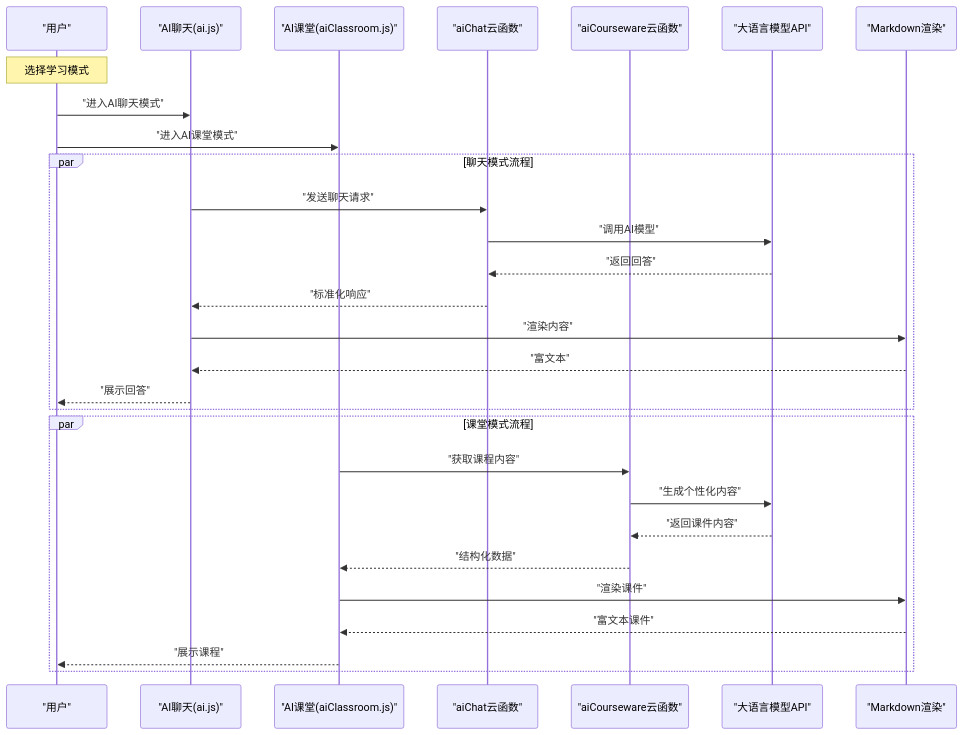
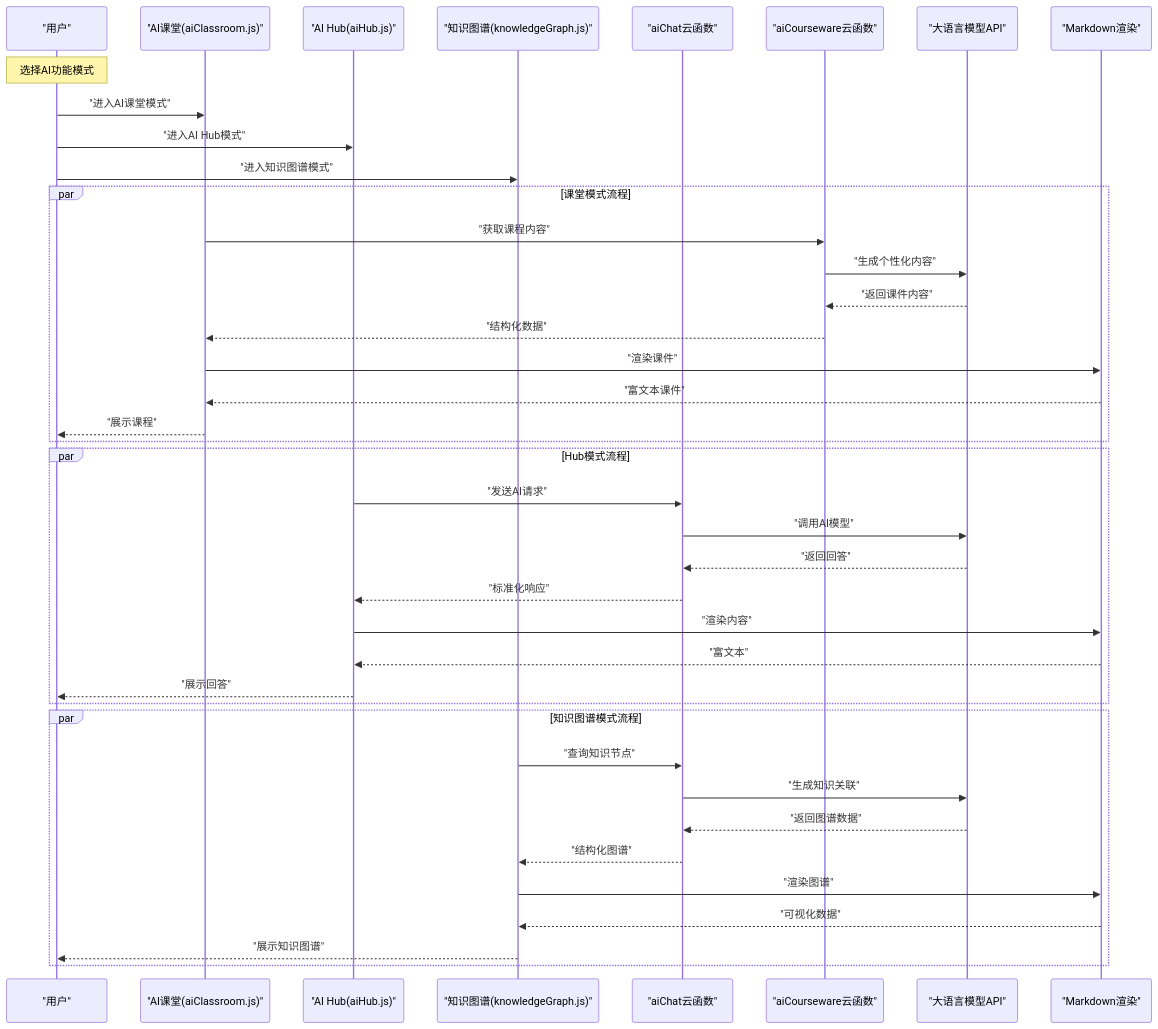
The second of 15 diagrams in .qoder/repowiki/zh/content/核心功能模块/AI智能助手.md (cwb7756/bio), drawn with Mermaid before and after one commit. The commit also changed other lines of this file and 35 other files, not shown here.

````diff
--- a/.qoder/repowiki/zh/content/核心功能模块/AI智能助手.md
+++ b/.qoder/repowiki/zh/content/核心功能模块/AI智能助手.md
@@ -134,31 +162,42 @@
 ```mermaid
 sequenceDiagram
 participant U as "用户"
-participant Chat as "AI聊天(ai.js)"
 participant Class as "AI课堂(aiClassroom.js)"
+participant Hub as "AI Hub(aiHub.js)"
+participant KG as "知识图谱(knowledgeGraph.js)"
 participant CF1 as "aiChat云函数"
 participant CF2 as "aiCourseware云函数"
 participant LLM as "大语言模型API"
 participant MD as "Markdown渲染"
-Note over U : 选择学习模式
-U->>Chat : "进入AI聊天模式"
+Note over U : 选择AI功能模式
 U->>Class : "进入AI课堂模式"
-par 聊天模式流程
-Chat->>CF1 : "发送聊天请求"
-CF1->>LLM : "调用AI模型"
-LLM-->>CF1 : "返回回答"
-CF1-->>Chat : "标准化响应"
-Chat->>MD : "渲染内容"
-MD-->>Chat : "富文本"
-Chat-->>U : "展示回答"
-end
+U->>Hub : "进入AI Hub模式"
+U->>KG : "进入知识图谱模式"
 par 课堂模式流程
 Class->>CF2 : "获取课程内容"
 CF2->>LLM : "生成个性化内容"
 LLM-->>CF2 : "返回课件内容"
 CF2-->>Class : "结构化数据"
 Class->>MD : "渲染课件"
 MD-->>Class : "富文本课件"
 Class-->>U : "展示课程"
 end
+par Hub模式流程
+Hub->>CF1 : "发送AI请求"
+CF1->>LLM : "调用AI模型"
+LLM-->>CF1 : "返回回答"
+CF1-->>Hub : "标准化响应"
+Hub->>MD : "渲染内容"
+MD-->>Hub : "富文本"
+Hub-->>U : "展示回答"
+end
+par 知识图谱模式流程
+KG->>CF1 : "查询知识节点"
+CF1->>LLM : "生成知识关联"
+LLM-->>CF1 : "返回图谱数据"
+CF1-->>KG : "结构化图谱"
+KG->>MD : "渲染图谱"
+MD-->>KG : "可视化数据"
+KG-->>U : "展示知识图谱"
+end
 ```
````
